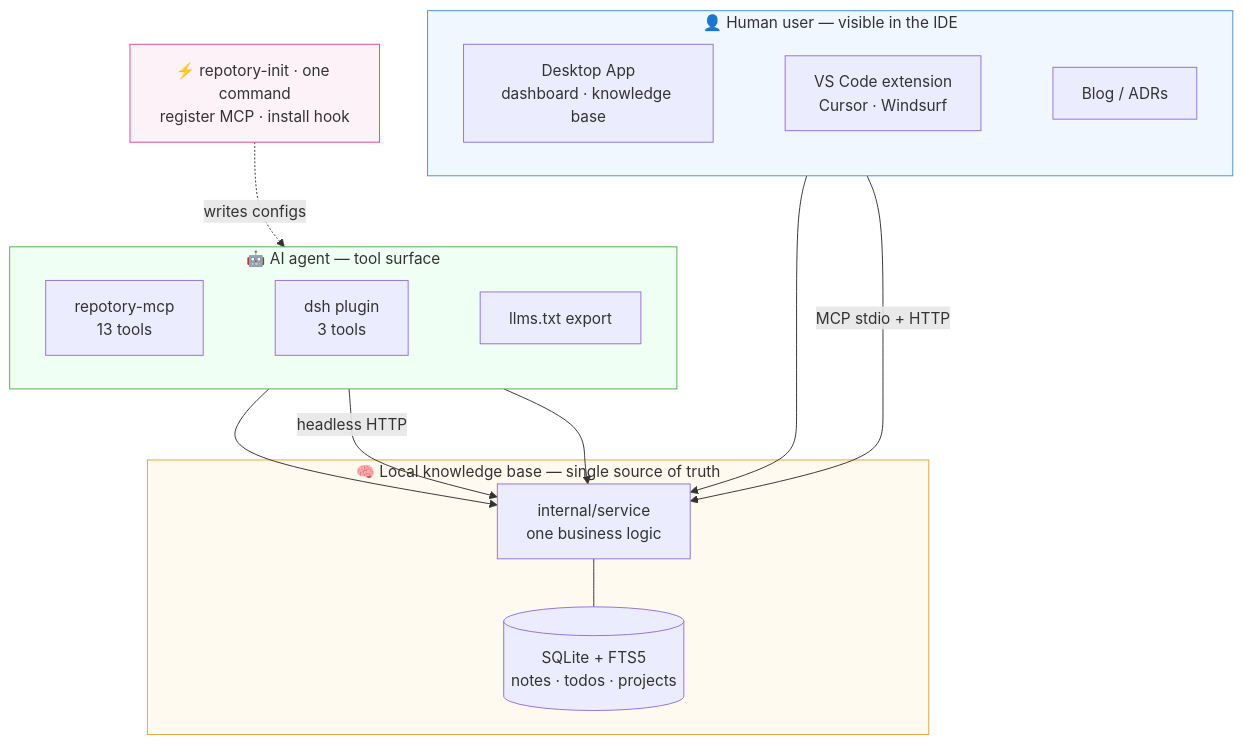
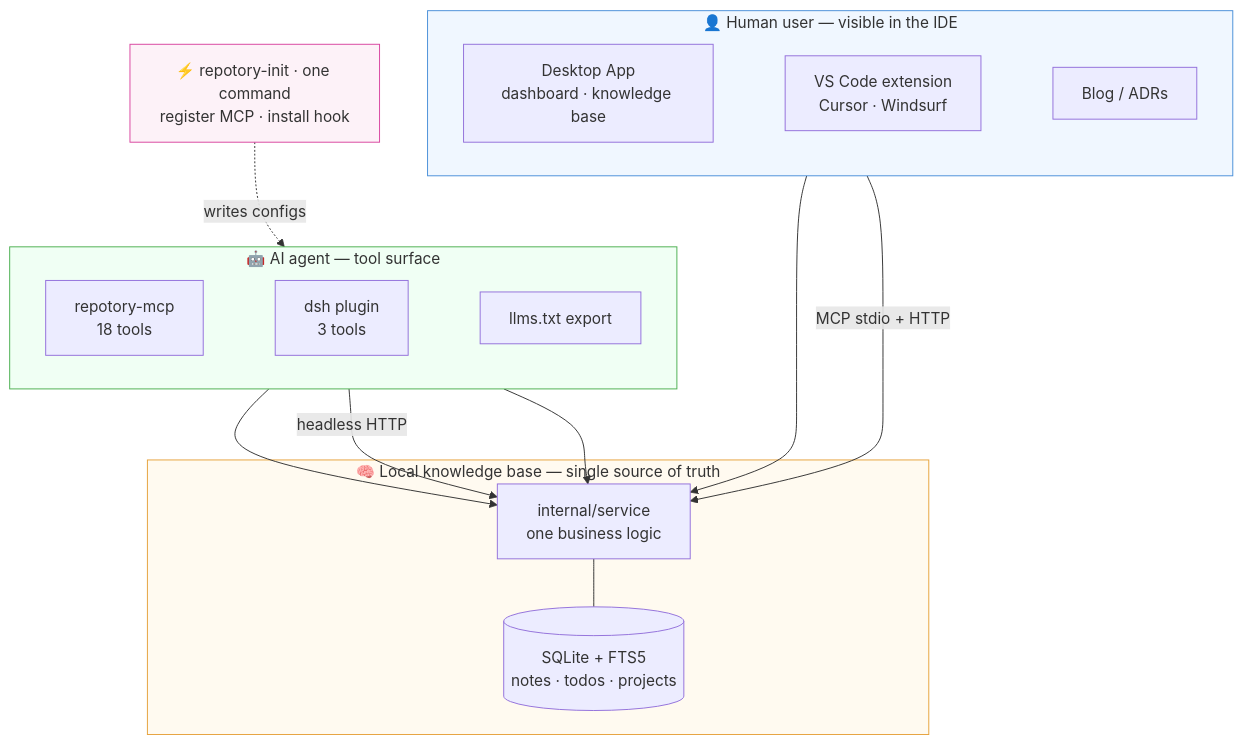
One commit to sky-jiangcheng/repotory changed the third of 3 diagrams in docs/en/index.md. Above: the diagram before and after it, drawn with Mermaid. The commit also changed other lines of this file and 51 other files, not shown here.

````diff
--- a/docs/en/index.md
+++ b/docs/en/index.md
@@ -70,37 +70,37 @@
 ```mermaid
 flowchart TB
     subgraph HUMAN["👤 Human user — visible in the IDE"]
         direction LR
         DESKTOP["Desktop App<br/>dashboard · knowledge base"]
         VSCODE["VS Code extension<br/>Cursor · Windsurf"]
         BLOG["Blog / ADRs"]
         DESKTOP ~~~ VSCODE ~~~ BLOG
     end
 
     subgraph AGENT["🤖 AI agent — tool surface"]
         direction LR
-        MCP["repotory-mcp<br/>13 tools"]
+        MCP["repotory-mcp<br/>18 tools"]
         DSH["dsh plugin<br/>3 tools"]
         LLMSTXT["llms.txt export"]
         MCP ~~~ DSH ~~~ LLMSTXT
     end
 
     subgraph CORE["🧠 Local knowledge base — single source of truth"]
         SERVICE["internal/service<br/>one business logic"] --- DB[("SQLite + FTS5<br/>notes · todos · projects")]
     end
 
     HUMAN ~~~ AGENT ~~~ CORE
     DESKTOP --> SERVICE
     VSCODE -->|"MCP stdio + HTTP"| SERVICE
     MCP --> SERVICE
     DSH -->|"headless HTTP"| SERVICE
     LLMSTXT --> SERVICE
 
     INIT["⚡ repotory-init · one command<br/>register MCP · install hook"]
     INIT -.->|"writes configs"| MCP
 
     style HUMAN fill:#f0f7ff,stroke:#4a90d9
     style AGENT fill:#f0fff4,stroke:#4caf50
     style CORE fill:#fffaf0,stroke:#e6a23c
     style INIT fill:#fdf2f8,stroke:#d946a0
 ```
````
